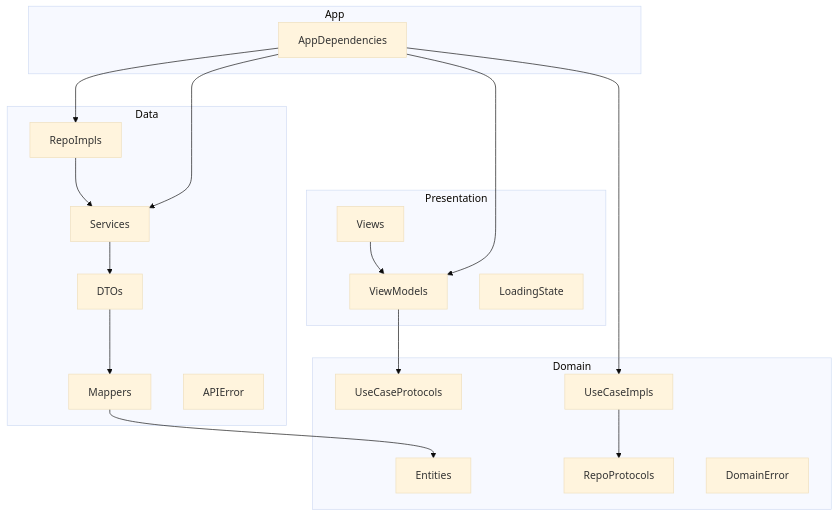
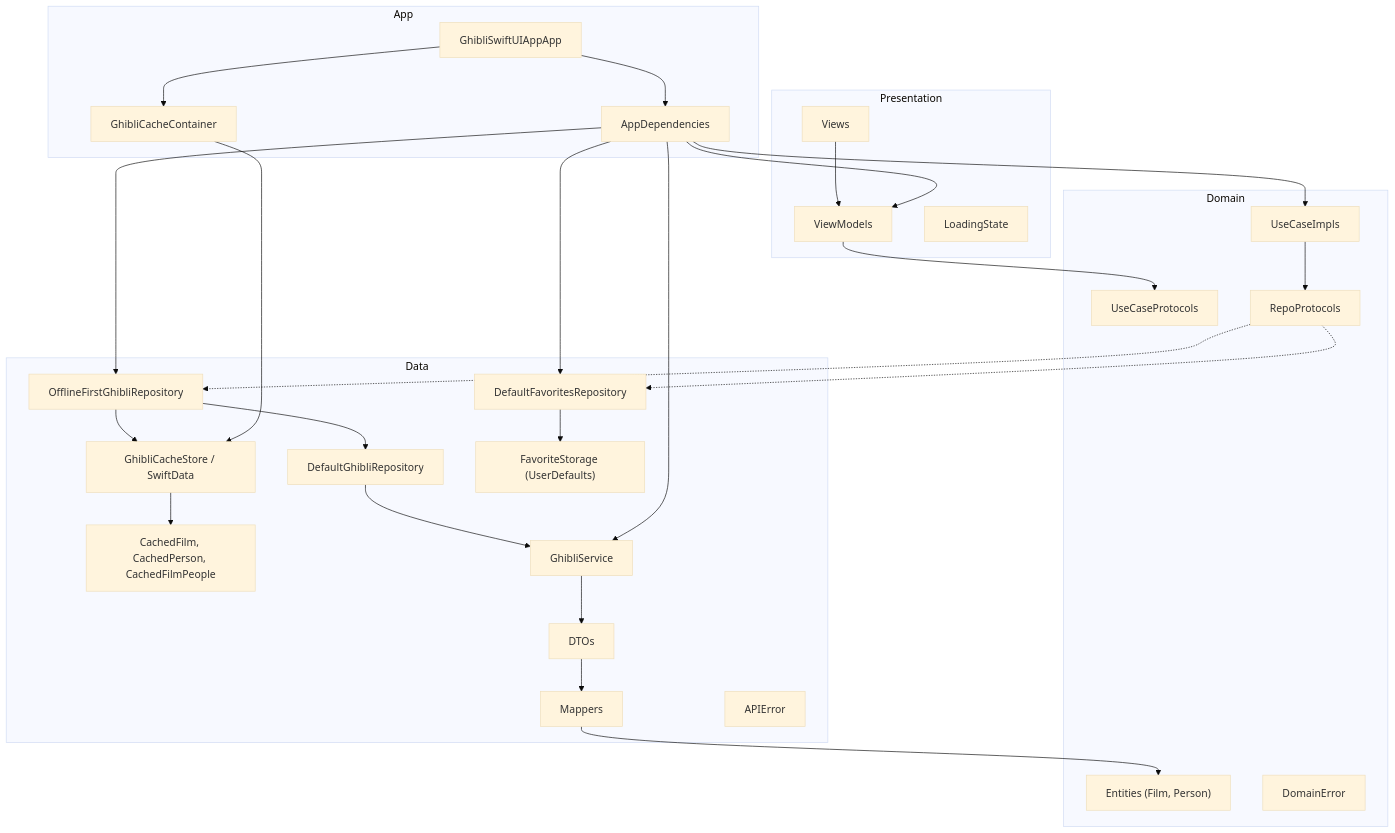
Before and after one commit to karimelbahi/GhibliSwiftUIApp: the first of 2 diagrams in README.md, drawn with Mermaid (base theme). The commit also changed other lines of this file and 14 other files, not shown here.

Commit message:
add offline first approach using swift-data

````diff
--- a/README.md
+++ b/README.md
@@ -24,40 +24,57 @@
 ```mermaid
 flowchart TB
     subgraph Presentation
         Views
         ViewModels
         LoadingState
     end
 
     subgraph Domain
-        Entities
+        Entities["Entities (Film, Person)"]
         UseCaseProtocols
         UseCaseImpls
         RepoProtocols
         DomainError
     end
 
     subgraph Data
-        RepoImpls
-        Services
+        OfflineRepo["OfflineFirstGhibliRepository"]
+        RemoteRepo["DefaultGhibliRepository"]
+        FavoritesRepo["DefaultFavoritesRepository"]
+        CacheStore["GhibliCacheStore / SwiftData"]
+        SwiftDataModels["CachedFilm, CachedPerson, CachedFilmPeople"]
+        Services["GhibliService"]
         DTOs
         Mappers
+        FavoriteStorage["FavoriteStorage (UserDefaults)"]
         APIError
     end
 
     subgraph App
+        AppEntry["GhibliSwiftUIAppApp"]
+        CacheContainer["GhibliCacheContainer"]
         AppDependencies
     end
 
     Views --> ViewModels
     ViewModels --> UseCaseProtocols
     UseCaseImpls --> RepoProtocols
-    RepoImpls --> Services
+    RepoProtocols -.-> OfflineRepo
+    RepoProtocols -.-> FavoritesRepo
+    OfflineRepo --> CacheStore
+    OfflineRepo --> RemoteRepo
+    CacheStore --> SwiftDataModels
+    RemoteRepo --> Services
+    FavoritesRepo --> FavoriteStorage
     Services --> DTOs
     DTOs --> Mappers
     Mappers --> Entities
+    AppEntry --> CacheContainer
+    AppEntry --> AppDependencies
     AppDependencies --> ViewModels
     AppDependencies --> UseCaseImpls
-    AppDependencies --> RepoImpls
+    AppDependencies --> OfflineRepo
+    AppDependencies --> FavoritesRepo
     AppDependencies --> Services
+    CacheContainer --> CacheStore
 ```
````
